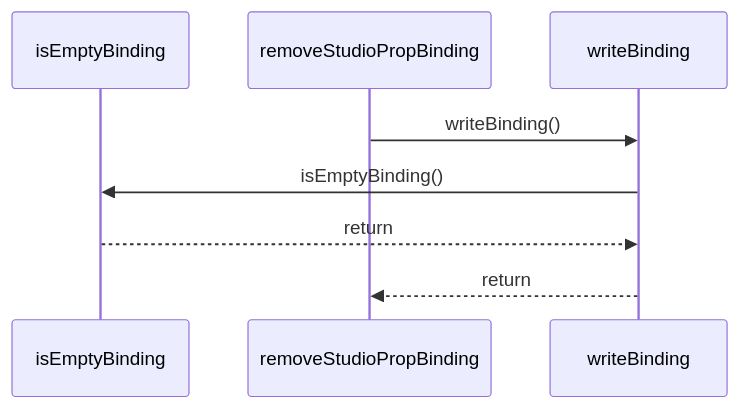
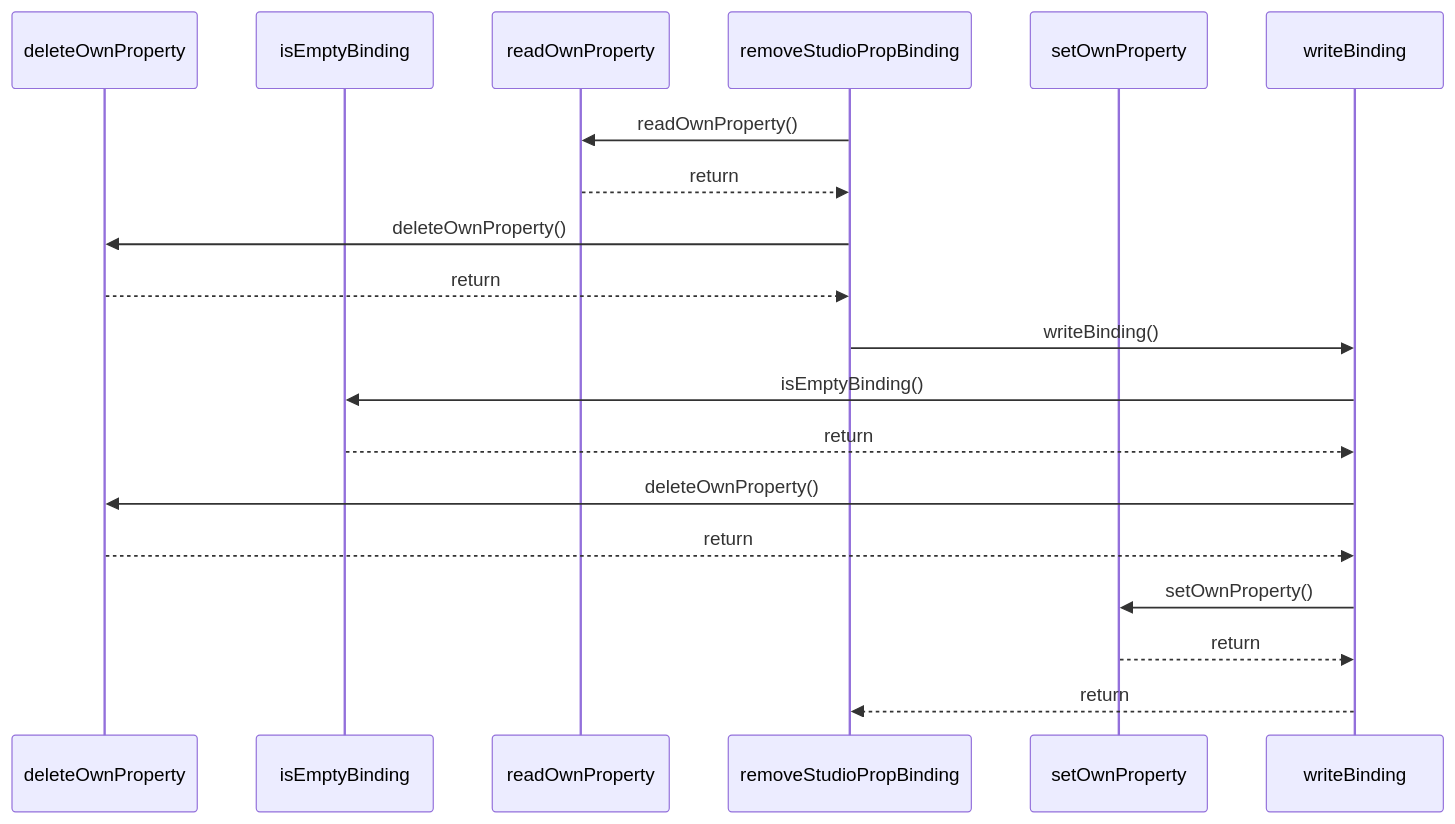
One commit to ankhorage/studio changed the diagram in paradox/diagrams/sequences/remove-studio-prop-binding.mmd. Above: the diagram before and after it, drawn with Mermaid. The commit also changed 18 other files, not shown here.

```diff
--- a/paradox/diagrams/sequences/remove-studio-prop-binding.mmd
+++ b/paradox/diagrams/sequences/remove-studio-prop-binding.mmd
@@ -1,8 +1,19 @@
 sequenceDiagram
+  participant participant_deleteOwnProperty as deleteOwnProperty
   participant participant_isEmptyBinding as isEmptyBinding
+  participant participant_readOwnProperty as readOwnProperty
   participant participant_removeStudioPropBinding as removeStudioPropBinding
+  participant participant_setOwnProperty as setOwnProperty
   participant participant_writeBinding as writeBinding
+  participant_removeStudioPropBinding->>participant_readOwnProperty: readOwnProperty()
+  participant_readOwnProperty-->>participant_removeStudioPropBinding: return
+  participant_removeStudioPropBinding->>participant_deleteOwnProperty: deleteOwnProperty()
+  participant_deleteOwnProperty-->>participant_removeStudioPropBinding: return
   participant_removeStudioPropBinding->>participant_writeBinding: writeBinding()
   participant_writeBinding->>participant_isEmptyBinding: isEmptyBinding()
   participant_isEmptyBinding-->>participant_writeBinding: return
+  participant_writeBinding->>participant_deleteOwnProperty: deleteOwnProperty()
+  participant_deleteOwnProperty-->>participant_writeBinding: return
+  participant_writeBinding->>participant_setOwnProperty: setOwnProperty()
+  participant_setOwnProperty-->>participant_writeBinding: return
   participant_writeBinding-->>participant_removeStudioPropBinding: return
```
